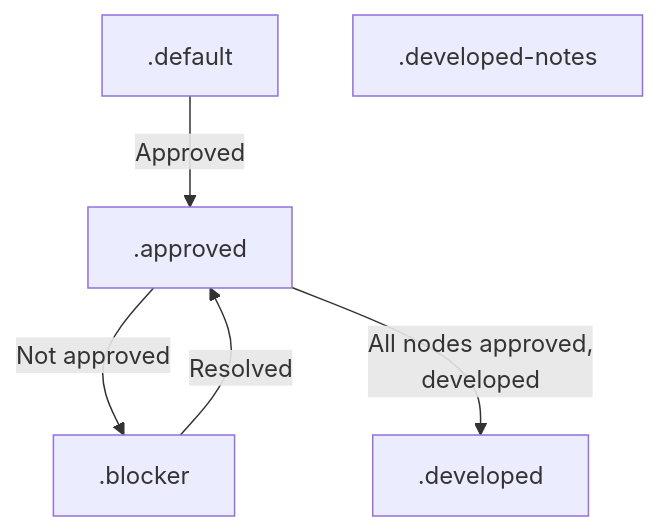
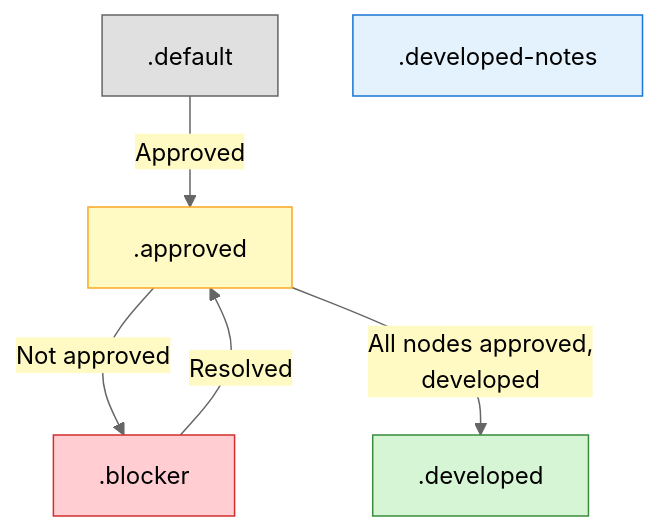
One commit to nonlinear/skills changed the diagram in contract-diagram/README.md. Above: the diagram before and after it, drawn with Mermaid.

Commit message:
Add CSS init + classDef to README mermaid (colors match engine)

````diff
--- a/contract-diagram/README.md
+++ b/contract-diagram/README.md
@@ -5,13 +5,20 @@
 ```mermaid
+%%{init: {'theme':'base','themeVariables':{'primaryColor':'#e0e0e0','primaryTextColor':'#000','primaryBorderColor':'#666','lineColor':'#666','secondaryColor':'#FFF9C4','tertiaryColor':'#FFCDD2','nodeBorder':'#666','mainBkg':'#e0e0e0','secondaryBkg':'#FFF9C4','tertiaryBkg':'#FFCDD2'},'flowchart':{'nodeSpacing':50,'rankSpacing':50,'padding':15,'curve':'basis'}}}%%
 flowchart TD
     DEFAULT[".default"]:::default
     APPROVED[".approved"]:::approved
     BLOCKER[".blocker"]:::blocker
     DEVELOPED[".developed"]:::developed
     DEVELOPED_NOTES[".developed-notes"]:::developed-notes
     
     DEFAULT -->|"Approved"| APPROVED
     APPROVED -->|"Not approved"| BLOCKER
     BLOCKER -->|"Resolved"| APPROVED
     APPROVED -->|"All nodes approved,<br/>developed"| DEVELOPED
+    
+    classDef default fill:#e0e0e0,stroke:#666,color:#000
+    classDef approved fill:#FFF9C4,stroke:#F9A825,color:#000
+    classDef blocker fill:#FFCDD2,stroke:#D32F2F,color:#000
+    classDef developed fill:#D5F5D5,stroke:#388E3C,color:#000
+    classDef developed-notes fill:#E3F2FD,stroke:#1976D2,color:#000
 ```
````
